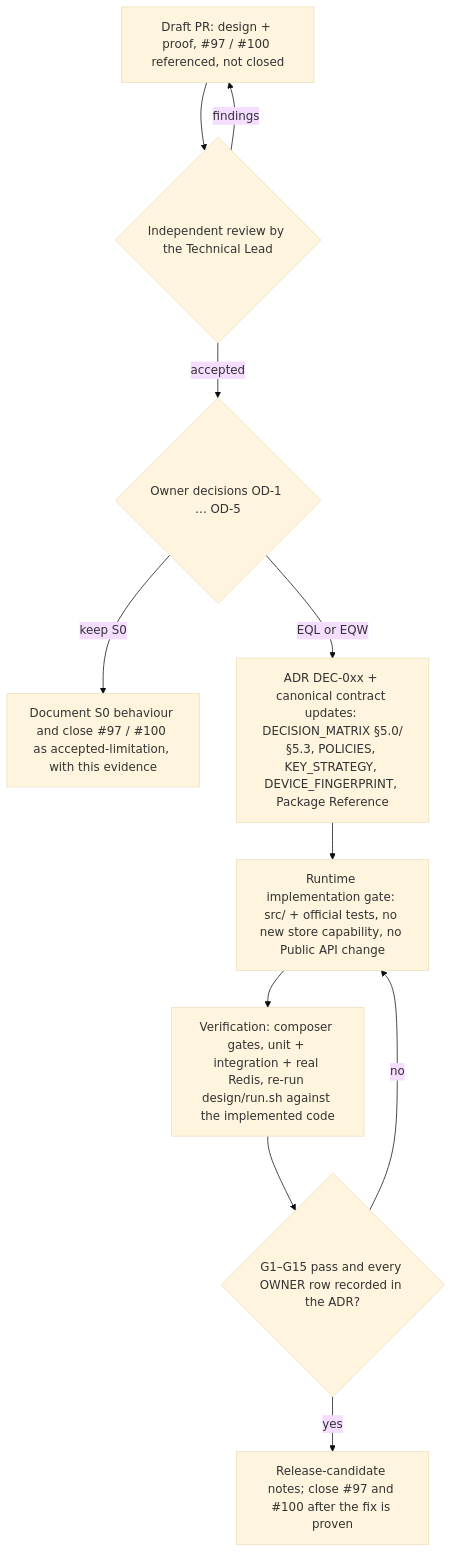
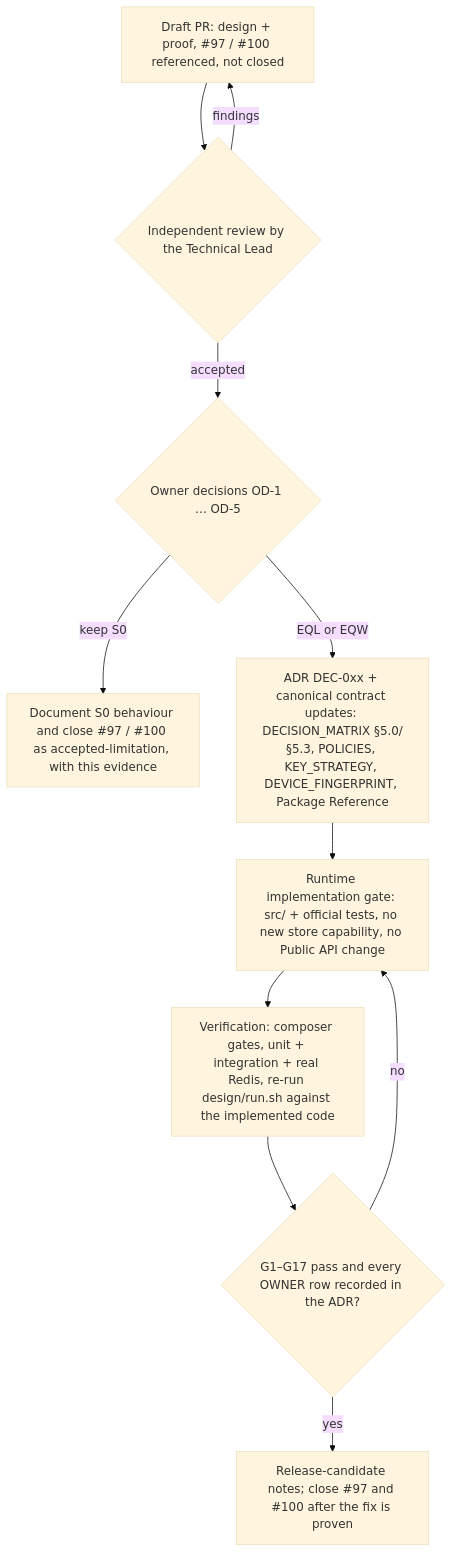
The diagram in investigations/workstream-b-anti-evasion/design/DESIGN.md (Maatify/php-rate-limiter), drawn with Mermaid (base theme) before and after one commit. The commit also changed other lines of this file and 47 other files, not shown here.

````diff
--- a/investigations/workstream-b-anti-evasion/design/DESIGN.md
+++ b/investigations/workstream-b-anti-evasion/design/DESIGN.md
@@ -177,13 +196,13 @@
 ```mermaid
 flowchart TD
     A[Draft PR: design + proof, #97 / #100 referenced, not closed] --> B{Independent review by the Technical Lead}
     B -- findings --> A
     B -- accepted --> C{Owner decisions OD-1 … OD-5}
     C -- keep S0 --> X[Document S0 behaviour and close #97 / #100 as accepted-limitation, with this evidence]
     C -- EQL or EQW --> D[ADR DEC-0xx + canonical contract updates: DECISION_MATRIX §5.0/§5.3, POLICIES, KEY_STRATEGY, DEVICE_FINGERPRINT, Package Reference]
     D --> E[Runtime implementation gate: src/ + official tests, no new store capability, no Public API change]
     E --> F[Verification: composer gates, unit + integration + real Redis, re-run design/run.sh against the implemented code]
-    F --> G{G1–G15 pass and every OWNER row recorded in the ADR?}
+    F --> G{G1–G17 pass and every OWNER row recorded in the ADR?}
     G -- no --> E
     G -- yes --> H[Release-candidate notes; close #97 and #100 after the fix is proven]
 ```
````
